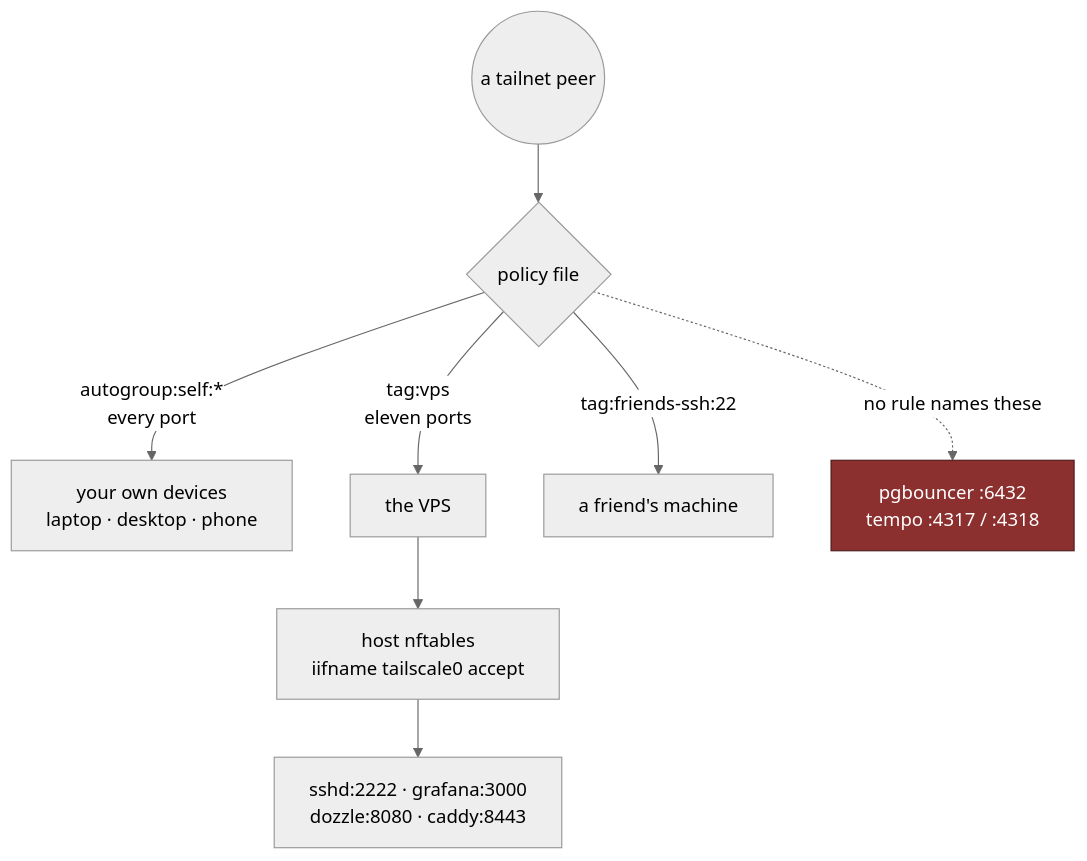
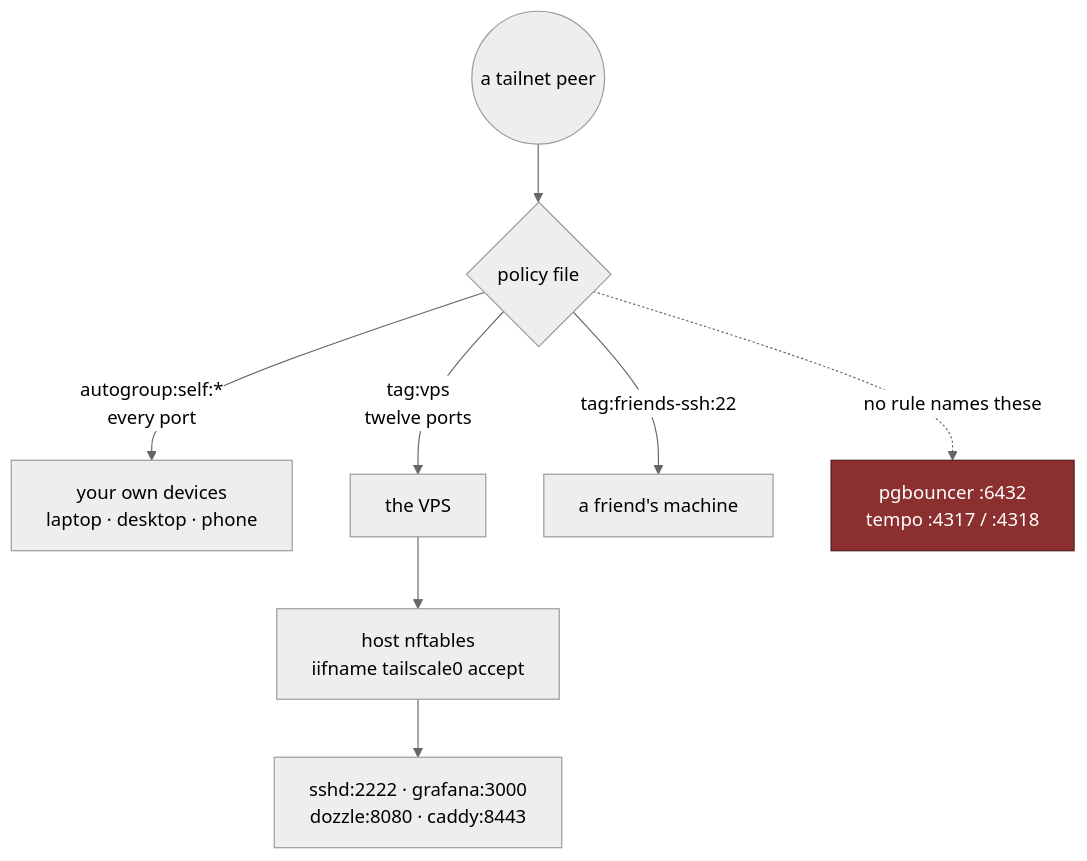
The diagram in docs/src/architecture/tailnet.md (1Git2Clone/vps), drawn with Mermaid (neutral theme) before and after one commit. The commit also changed 4 other files, not shown here.

````diff
--- a/docs/src/architecture/tailnet.md
+++ b/docs/src/architecture/tailnet.md
@@ -47,19 +47,19 @@
 ```mermaid
 flowchart TB
     peer(("a tailnet peer"))
 
     peer --> pol{"policy file"}
 
     pol -- "autogroup:self:*<br/>every port" --> own["your own devices<br/>laptop · desktop · phone"]
-    pol -- "tag:vps<br/>eleven ports" --> vps["the VPS"]
+    pol -- "tag:vps<br/>twelve ports" --> vps["the VPS"]
     pol -- "tag:friends-ssh:22" --> friends["a friend's machine"]
 
     vps --> nft["host nftables<br/>iifname tailscale0 accept"]
     nft --> svc["sshd:2222 · grafana:3000<br/>dozzle:8080 · caddy:8443"]
 
     gone["pgbouncer :6432<br/>tempo :4317 / :4318"]
     pol -. "no rule names these" .-> gone
 
     classDef bad fill:#8c2f2f,stroke:#4d1a1a,color:#fff
     class gone bad
 ```
````
